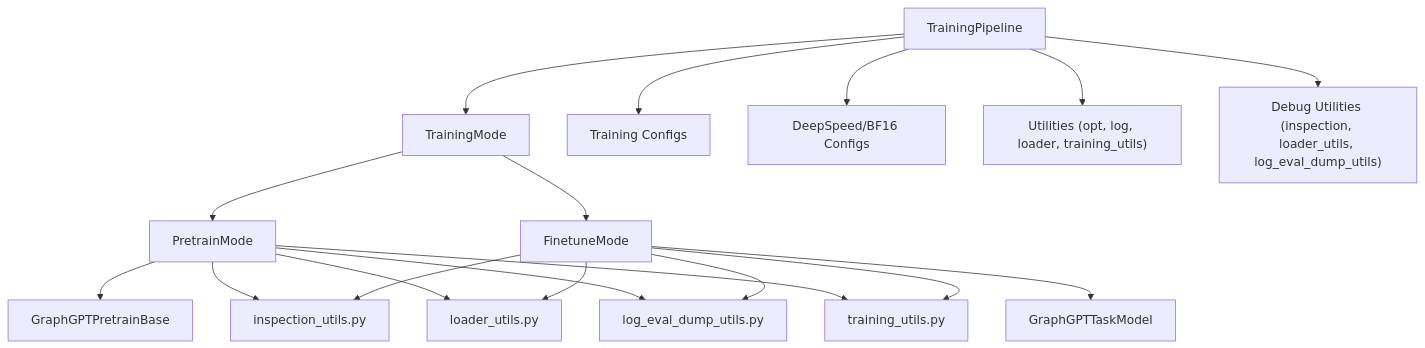
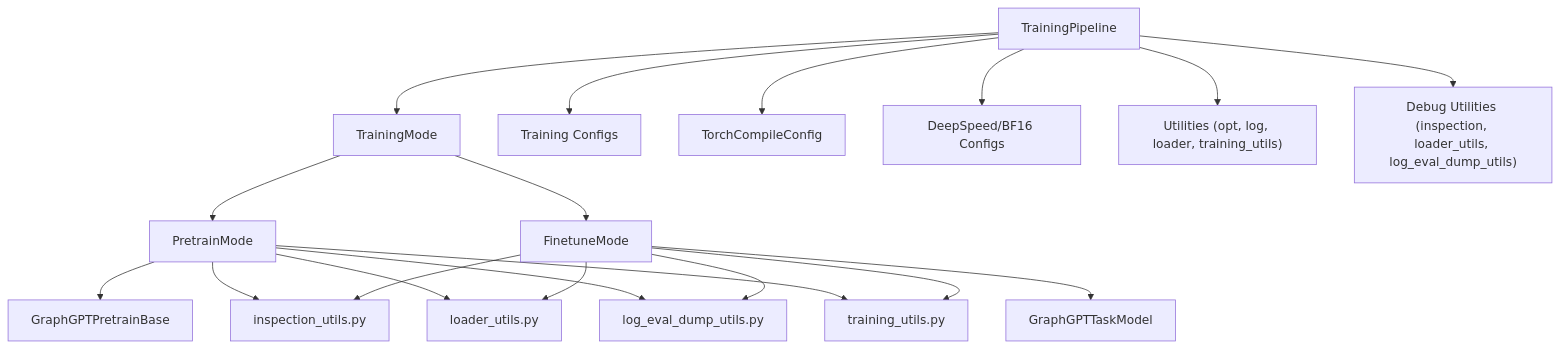
Before and after one commit to alibaba/graph-gpt: the seventh of 7 diagrams in .qoder/repowiki/en/content/Training Pipeline/Training Pipeline.md, drawn with Mermaid. The commit also changed other lines of this file and 2 other files, not shown here.

````diff
--- a/.qoder/repowiki/en/content/Training Pipeline/Training Pipeline.md
+++ b/.qoder/repowiki/en/content/Training Pipeline/Training Pipeline.md
@@ -585,20 +654,21 @@
 ```mermaid
 graph TB
 TP["TrainingPipeline"] --> TM["TrainingMode"]
 TM --> PTM["PretrainMode"]
 TM --> FTM["FinetuneMode"]
 PTM --> MP["GraphGPTPretrainBase"]
 FTM --> MF["GraphGPTTaskModel"]
 TP --> CFG["Training Configs"]
+TP --> TCC["TorchCompileConfig"]
 TP --> DS["DeepSpeed/BF16 Configs"]
 TP --> U["Utilities (opt, log, loader, training_utils)"]
 TP --> DU["Debug Utilities (inspection, loader_utils, log_eval_dump_utils)"]
 PTM --> IU["inspection_utils.py"]
 FTM --> IU
 PTM --> LU["loader_utils.py"]
 FTM --> LU
 PTM --> LEDU["log_eval_dump_utils.py"]
 FTM --> LEDU
 PTM --> TU["training_utils.py"]
 FTM --> TU
 ```
````
